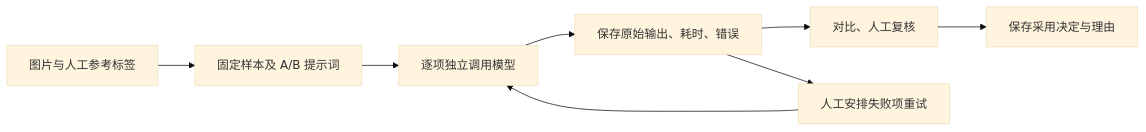
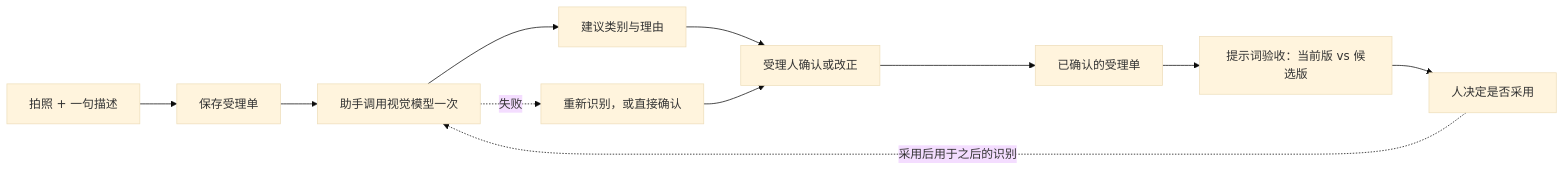
One commit to xpert-ai/xpert-plugins changed the diagram in community/apps/photo-intake/README.md. Above: the diagram before and after it, drawn with Mermaid (base theme). The commit also changed other lines of this file and 46 other files, not shown here.

First line of the commit message:
feat(photo-intake): make photo intake the main flow, with prompt acceptance on confirmed cases

````diff
--- a/community/apps/photo-intake/README.md
+++ b/community/apps/photo-intake/README.md
@@ -18,10 +13,13 @@
 ```mermaid
 flowchart LR
-  A[图片与人工参考标签] --> B[固定样本及 A/B 提示词]
-  B --> C[逐项独立调用模型]
-  C --> D[保存原始输出、耗时、错误]
-  D --> E[对比、人工复核]
-  E --> F[保存采用决定与理由]
-  D --> G[人工安排失败项重试]
-  G --> C
+  A[拍照 + 一句描述] --> B[保存受理单]
+  B --> C[助手调用视觉模型一次]
+  C --> D[建议类别与理由]
+  D --> E[受理人确认或改正]
+  E --> F[已确认的受理单]
+  C -. 失败 .-> R[重新识别，或直接确认]
+  R --> E
+  F --> G[提示词验收：当前版 vs 候选版]
+  G --> H[人决定是否采用]
+  H -. 采用后用于之后的识别 .-> C
 ```
````
